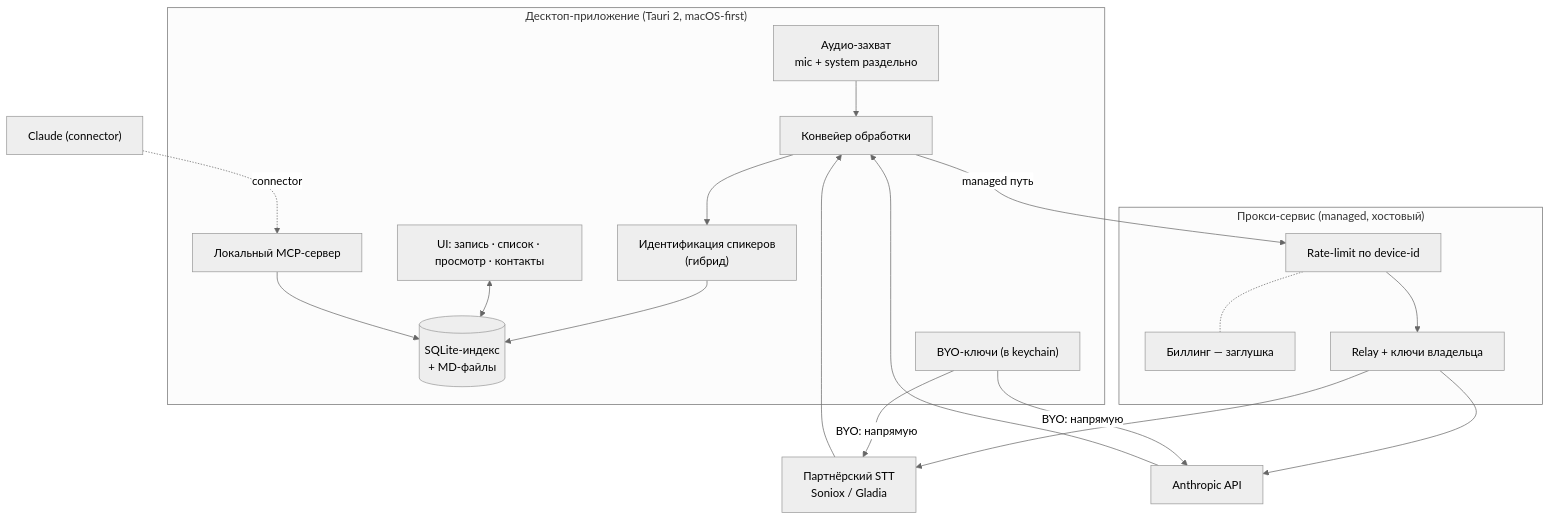
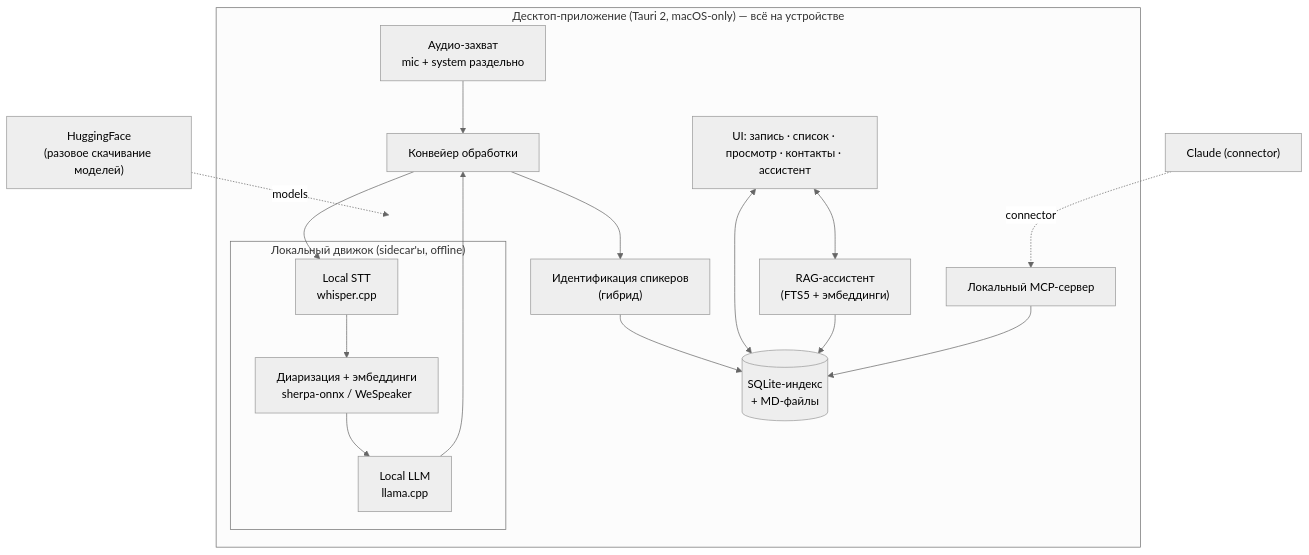
The diagram in docs/ПАСПОРТ_ПРОЕКТА.md (zdllucky/wotold), drawn with Mermaid (neutral theme) before and after one commit. The commit also changed other lines of this file and 103 other files, not shown here.

````diff
--- a/docs/ПАСПОРТ_ПРОЕКТА.md
+++ b/docs/ПАСПОРТ_ПРОЕКТА.md
@@ -76,36 +78,30 @@
 ```mermaid
 flowchart TD
-  subgraph Desktop["Десктоп-приложение (Tauri 2, macOS-first)"]
+  subgraph Desktop["Десктоп-приложение (Tauri 2, macOS-only) — всё на устройстве"]
     AC["Аудио-захват<br/>mic + system раздельно"]
     PIPE["Конвейер обработки"]
+    subgraph Engine["Локальный движок (sidecar'ы, offline)"]
+      STT["Local STT<br/>whisper.cpp"]
+      DIAR["Диаризация + эмбеддинги<br/>sherpa-onnx / WeSpeaker"]
+      LLM["Local LLM<br/>llama.cpp"]
+    end
     SPK["Идентификация спикеров<br/>(гибрид)"]
     LDB[("SQLite-индекс<br/>+ MD-файлы")]
+    ASSIST["RAG-ассистент<br/>(FTS5 + эмбеддинги)"]
     MCP["Локальный MCP-сервер"]
-    UI["UI: запись · список · просмотр · контакты"]
-    KEYS["BYO-ключи (в keychain)"]
+    UI["UI: запись · список · просмотр · контакты · ассистент"]
   end
 
-  subgraph ProxySvc["Прокси-сервис (managed, хостовый)"]
-    RL["Rate-limit по device-id"]
-    BILL["Биллинг — заглушка"]
-    RELAY["Relay + ключи владельца"]
-  end
-
-  STT["Партнёрский STT<br/>Soniox / Gladia"]
-  LLM["Anthropic API"]
+  HF["HuggingFace<br/>(разовое скачивание моделей)"]
   CLAUDE["Claude (connector)"]
 
   AC --> PIPE
-  PIPE -->|managed путь| RL --> RELAY
-  RELAY --> STT
-  RELAY --> LLM
-  KEYS -->|BYO: напрямую| STT
-  KEYS -->|BYO: напрямую| LLM
-  STT --> PIPE
-  LLM --> PIPE
+  PIPE --> STT --> DIAR --> LLM --> PIPE
   PIPE --> SPK --> LDB
   UI <--> LDB
+  ASSIST --> LDB
+  UI <--> ASSIST
   MCP --> LDB
   CLAUDE -. connector .-> MCP
-  RL -.- BILL
+  HF -. models .-> Engine
 ```
````
